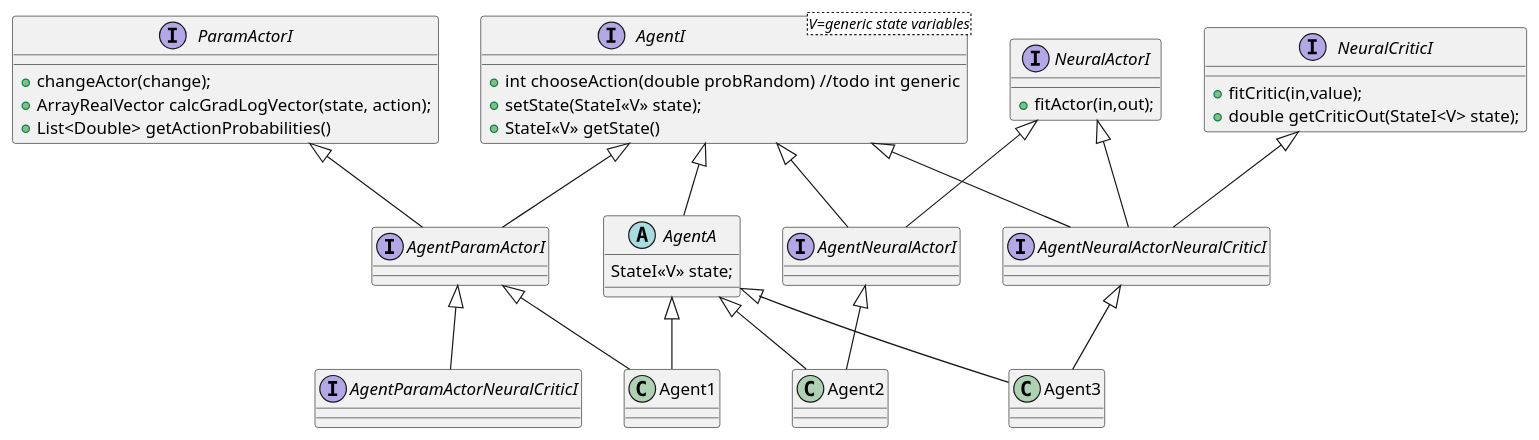
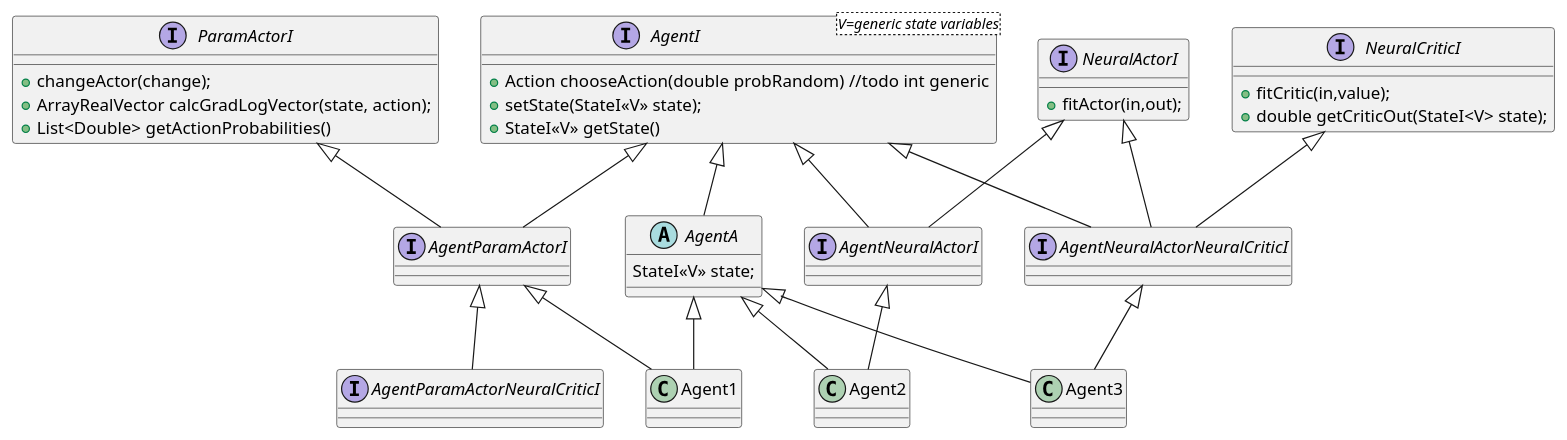
One commit to JonasHellgren/MachineLearning changed the diagram in src/main/java/policy_gradient_problems/class_diagrams/agent.puml. Above: the diagram before and after it, drawn with PlantUML. The commit also changed 9 other files, not shown here.

```diff
--- a/src/main/java/policy_gradient_problems/class_diagrams/agent.puml
+++ b/src/main/java/policy_gradient_problems/class_diagrams/agent.puml
@@ -1,55 +1,55 @@
 @startuml
 'https://plantuml.com/class-diagram
 
 interface AgentI<V=generic state variables> {
-+ int chooseAction(double probRandom)  //todo int generic
++ Action chooseAction(double probRandom)  //todo int generic
 + setState(StateI<<V>> state);
 + StateI<<V>> getState()
 '/ + double readValue(StateI<<V>> state);  //todo needed?
 }
 
 interface ParamActorI {
 + changeActor(change);
 + ArrayRealVector calcGradLogVector(state, action);
 + List<Double> getActionProbabilities()
 }
 
 
 interface NeuralActorI {
 + fitActor(in,out);
 }
 
 
 interface NeuralCriticI {
 + fitCritic(in,value);
 + double getCriticOut(StateI<V> state);
 }
 
 
 interface AgentParamActorI extends AgentI, ParamActorI {
 }
 
 interface AgentNeuralActorI extends AgentI, NeuralActorI {
 }
 
 interface AgentNeuralActorNeuralCriticI extends AgentI, NeuralActorI, NeuralCriticI {
 }
 
 interface AgentParamActorNeuralCriticI extends AgentParamActorI {
 }
 
 abstract class AgentA extends AgentI {
     StateI<<V>> state;
 }
 
 
 AgentA  <|-- Agent1
 AgentA  <|-- Agent2
 AgentA  <|-- Agent3
 AgentParamActorI  <|-- Agent1
 AgentNeuralActorI  <|-- Agent2
 AgentNeuralActorNeuralCriticI <|-- Agent3
 
 
 
 @enduml
```
